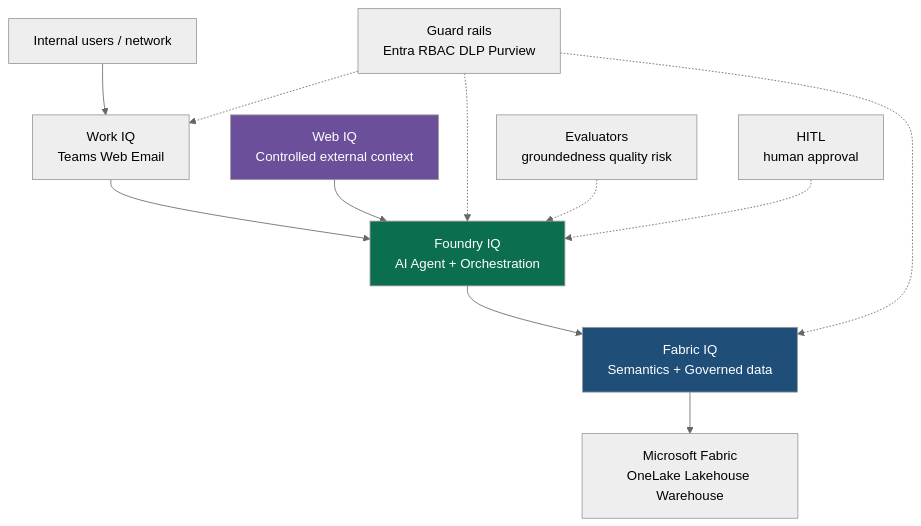
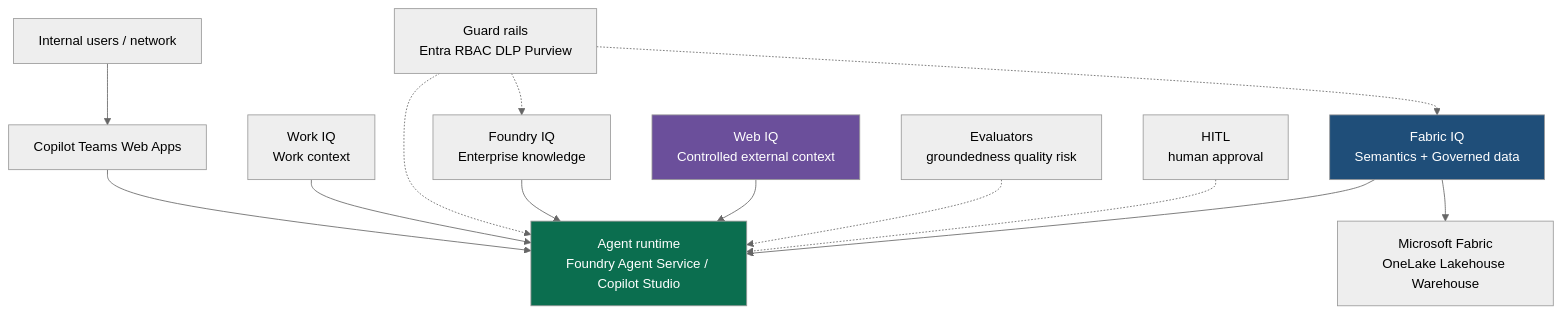
The third of 9 diagrams in doc/recommendation-output.md (fabioharams/hubsp-ai-skill), drawn with Mermaid (neutral theme) before and after one commit. The commit also changed other lines of this file and 19 other files, not shown here.

````diff
--- a/doc/recommendation-output.md
+++ b/doc/recommendation-output.md
@@ -84,18 +86,20 @@
 ```mermaid
 flowchart TB
-    U[Internal users / network] --> WQ[Work IQ<br/>Teams Web Email]
-    WQ --> FQ[Foundry IQ<br/>AI Agent + Orchestration]
-    FQ --> FBQ[Fabric IQ<br/>Semantics + Governed data]
+    U[Internal users / network] --> CH[Copilot Teams Web Apps]
+    CH --> RT[Agent runtime<br/>Foundry Agent Service / Copilot Studio]
+    WQ[Work IQ<br/>Work context] --> RT
+    FQ[Foundry IQ<br/>Enterprise knowledge] --> RT
+    FBQ[Fabric IQ<br/>Semantics + Governed data] --> RT
     FBQ --> FAB[Microsoft Fabric<br/>OneLake Lakehouse Warehouse]
-    WEB[Web IQ<br/>Controlled external context] --> FQ
+    WEB[Web IQ<br/>Controlled external context] --> RT
 
-    GR[Guard rails<br/>Entra RBAC DLP Purview] -.-> WQ
+    GR[Guard rails<br/>Entra RBAC DLP Purview] -.-> RT
     GR -.-> FQ
     GR -.-> FBQ
-    EV[Evaluators<br/>groundedness quality risk] -.-> FQ
-    HITL[HITL<br/>human approval] -.-> FQ
+    EV[Evaluators<br/>groundedness quality risk] -.-> RT
+    HITL[HITL<br/>human approval] -.-> RT
 
-    style FQ fill:#0B6E4F,color:#fff
+    style RT fill:#0B6E4F,color:#fff
     style FBQ fill:#1F4E79,color:#fff
     style WEB fill:#6B4F9B,color:#fff
 ```
````
